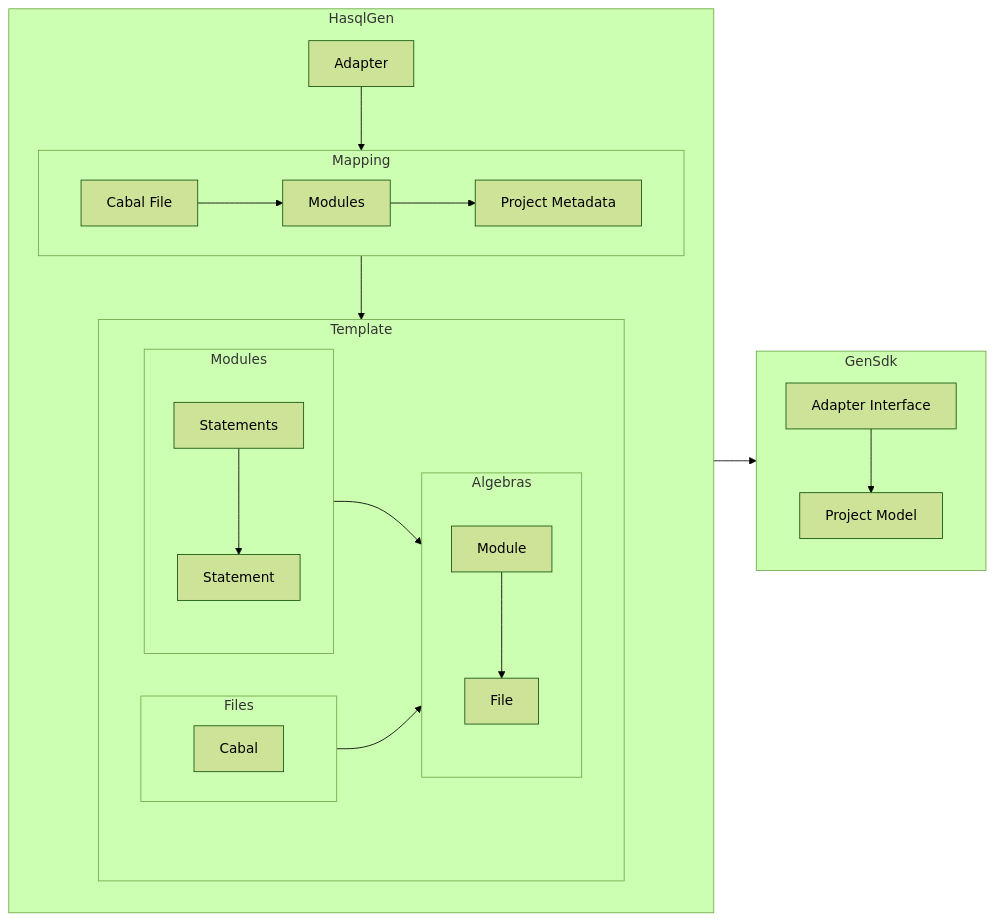
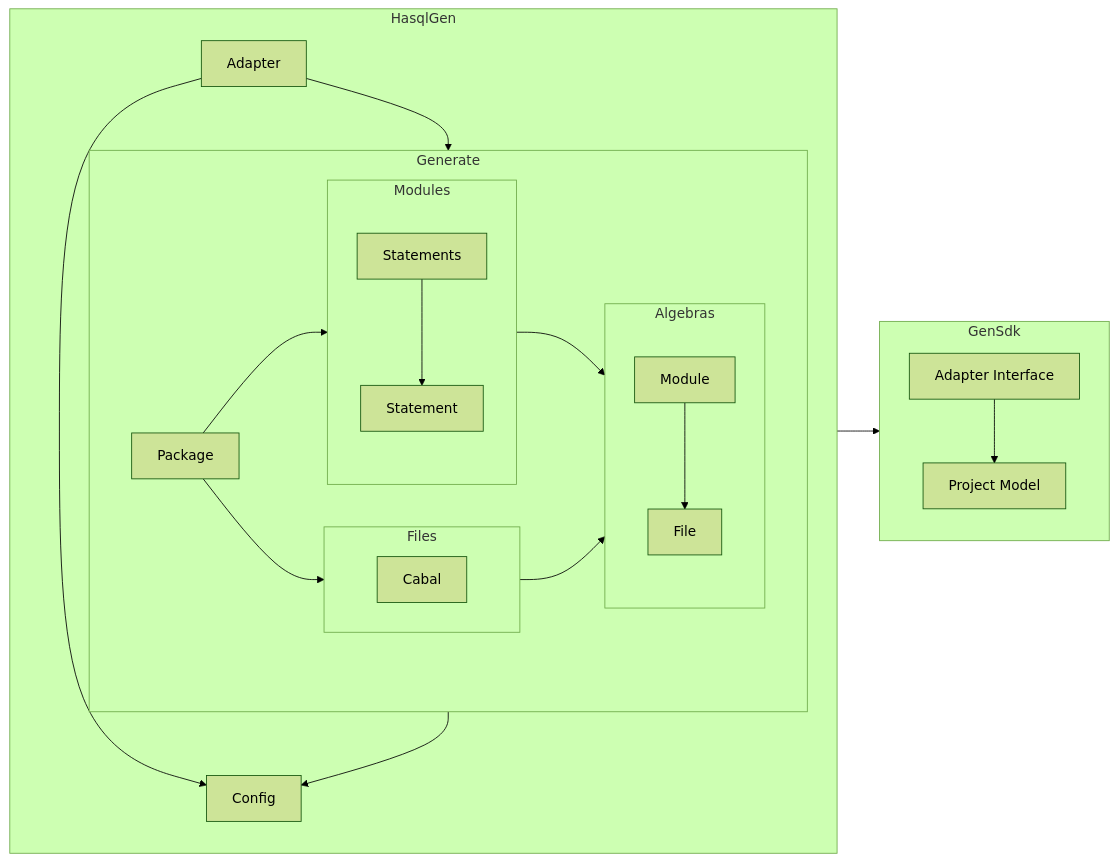
One commit to pgenie-io/gen-sdk changed the diagram in dhall/Adapters/HasqlV1/design.mmd. Above: the diagram before and after it, drawn with Mermaid (forest theme). The commit also changed 76 other files, not shown here.

```diff
--- a/dhall/Adapters/HasqlV1/design.mmd
+++ b/dhall/Adapters/HasqlV1/design.mmd
@@ -1,52 +1,43 @@
 flowchart LR
 
 %% In this diagram we leave layer UI behind the scenes.
 %% We only study its structure and internal dependencies.
 %% 
 %% - Subgraphs are systems
 %% - Nodes are components
 %% - Subgraphs are components as well
 
 HasqlGen --> GenSdk
 
 %% The general adapter lib
 subgraph GenSdk
   Project[Project Model]
-  GenSdk/Gen[Adapter Interface]
-  GenSdk/Gen --> Project
+  AdapterInterface[Adapter Interface]
+  AdapterInterface --> Project
 end
 
 subgraph HasqlGen
-  HasqlGen/Adapter[Adapter]
-  HasqlGen/Adapter --> Mapping
-  Mapping --> Template
-
-  %% The mapping process is staged.
-  %% Essentially it's the computation stages.
-  subgraph Mapping
-    Mapping/ProjectMetadata[Project Metadata]
-    Mapping/Modules[Modules]
-    Mapping/CabalFile[Cabal File]
-    Mapping/CabalFile --> Mapping/Modules
-    Mapping/Modules --> Mapping/ProjectMetadata
-  end
-
-  subgraph Template
+  Adapter --> Generate
+  Adapter --> Config
+  Generate --> Config
+  
+  subgraph Generate
     subgraph Algebras
       Module
       File
       Module --> File
     end
     subgraph Modules
       Statement
       Statements
       Statements --> Statement
     end
     subgraph Files
       Cabal
     end
     Modules --> Algebras
     Files --> Algebras
+    Package --> Modules
+    Package --> Files
   end
-
 end
```
